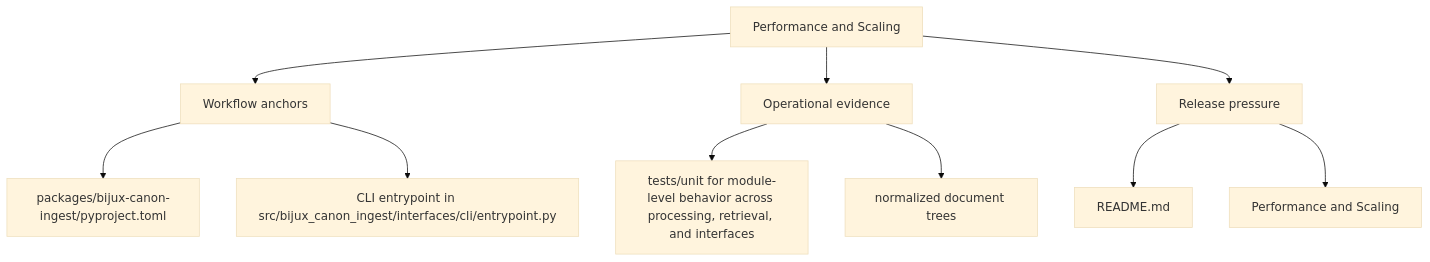
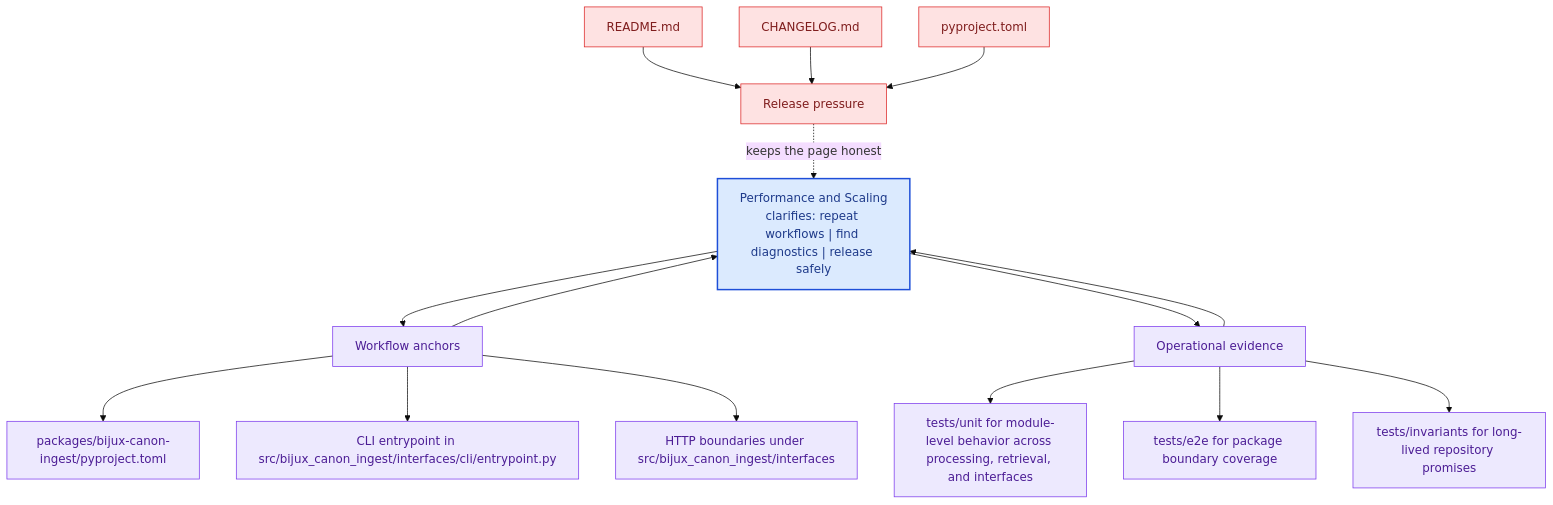
Before and after one commit to bijux/bijux-canon: the second of 2 diagrams in docs/bijux-canon-ingest/operations/performance-and-scaling.md, drawn with Mermaid (base theme). The commit also changed other lines of this file and 281 other files, not shown here.

Commit message:
docs(diagrams): deepen handbook mermaid maps across the catalog

````diff
--- a/docs/bijux-canon-ingest/operations/performance-and-scaling.md
+++ b/docs/bijux-canon-ingest/operations/performance-and-scaling.md
@@ -34,22 +67,41 @@
 ```mermaid
-flowchart TD
-    page["Performance and Scaling"]
+flowchart TB
+    promise["Performance and Scaling<br/>clarifies: repeat workflows | find diagnostics | release safely"]
+    classDef promise fill:#dbeafe,stroke:#1d4ed8,color:#1e3a8a,stroke-width:2px;
+    classDef driver fill:#dcfce7,stroke:#16a34a,color:#14532d;
+    classDef constraint fill:#fee2e2,stroke:#dc2626,color:#7f1d1d;
+    classDef ground fill:#ede9fe,stroke:#7c3aed,color:#4c1d95;
     focus1["Workflow anchors"]
-    page --> focus1
+    focus1 --> promise
+    promise --> focus1
     focus1_1["packages/bijux-canon-ingest/pyproject.toml"]
     focus1 --> focus1_1
     focus1_2["CLI entrypoint in src/bijux_canon_ingest/interfaces/cli/entrypoint.py"]
     focus1 --> focus1_2
+    focus1_3["HTTP boundaries under src/bijux_canon_ingest/interfaces"]
+    focus1 --> focus1_3
+    class focus1 ground;
+    class focus1_1,focus1_2,focus1_3 ground;
     focus2["Operational evidence"]
-    page --> focus2
+    focus2 --> promise
+    promise --> focus2
     focus2_1["tests/unit for module-level behavior across processing, retrieval, and interfaces"]
     focus2 --> focus2_1
-    focus2_2["normalized document trees"]
+    focus2_2["tests/e2e for package boundary coverage"]
     focus2 --> focus2_2
+    focus2_3["tests/invariants for long-lived repository promises"]
+    focus2 --> focus2_3
+    class focus2 ground;
+    class focus2_1,focus2_2,focus2_3 ground;
     focus3["Release pressure"]
-    page --> focus3
+    focus3 -.keeps the page honest.-> promise
     focus3_1["README.md"]
-    focus3 --> focus3_1
-    focus3_2["Performance and Scaling"]
-    focus3 --> focus3_2
+    focus3_1 --> focus3
+    focus3_2["CHANGELOG.md"]
+    focus3_2 --> focus3
+    focus3_3["pyproject.toml"]
+    focus3_3 --> focus3
+    class focus3 constraint;
+    class focus3_1,focus3_2,focus3_3 constraint;
+    class promise promise;
 ```
````
